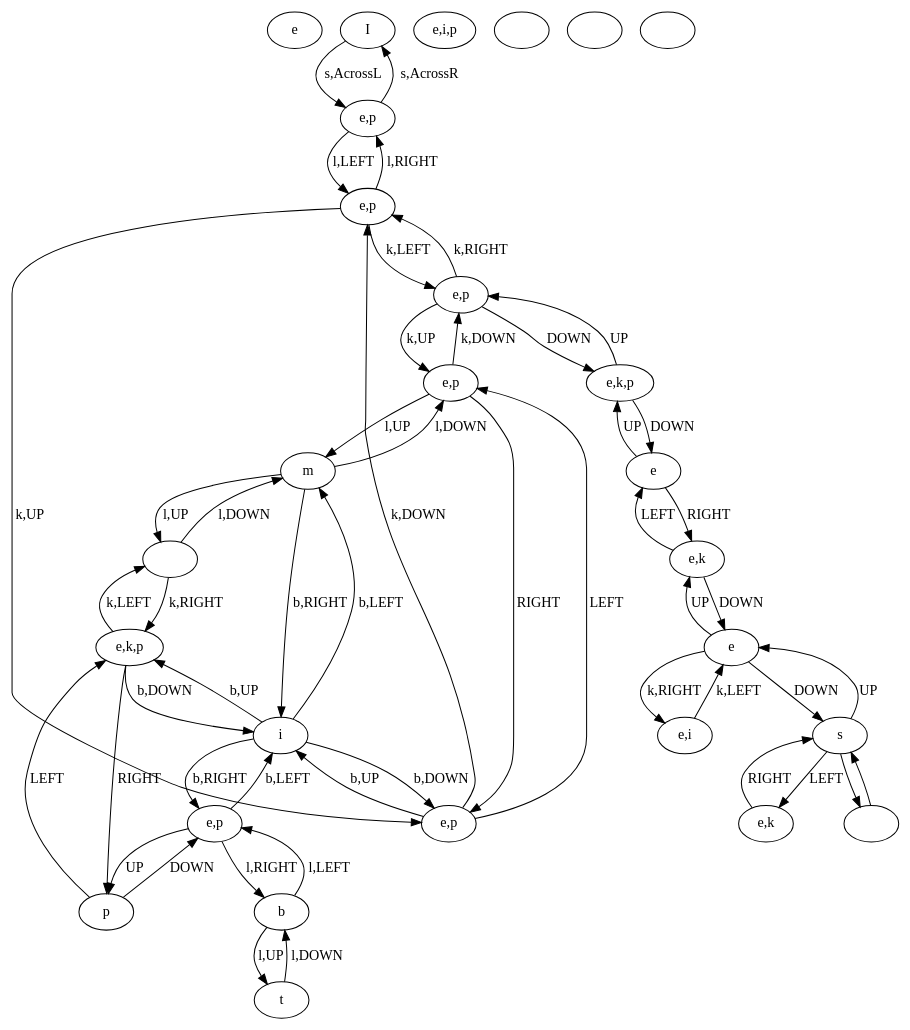
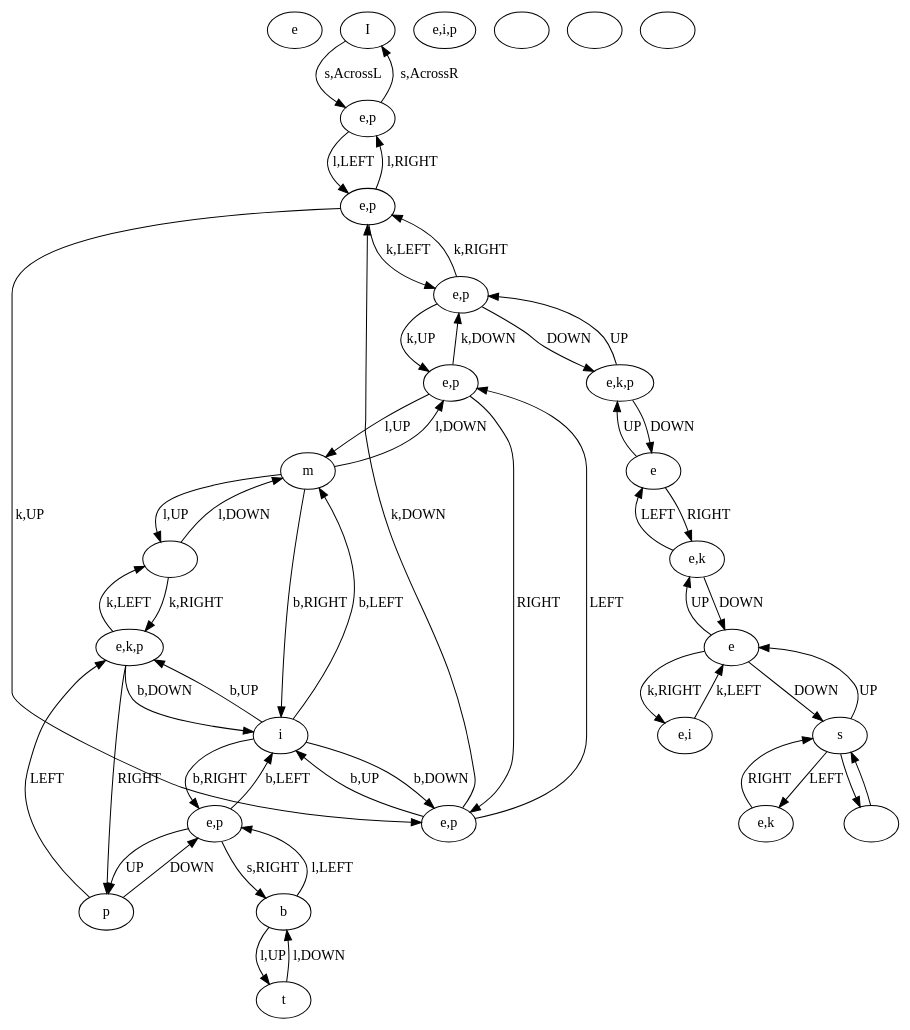
One commit to schrum2/MM-NEAT changed the diagram in data/VGLC/Zelda/Graph Processed/tloz4_1_flip.dot. Above: the diagram before and after it, drawn with Graphviz. The commit also changed 2 other files, not shown here.

```diff
--- a/data/VGLC/Zelda/Graph Processed/tloz4_1_flip.dot
+++ b/data/VGLC/Zelda/Graph Processed/tloz4_1_flip.dot
@@ -1,79 +1,79 @@
 digraph {
 0 [label="e"]
 1 [label="I"]
 2 [label="e,i,p"]
 3 [label=""]
 4 [label=""]
 5 [label=""]
 6 [label="p"]
 7 [label="t"]
 8 [label=""]
 9 [label=""]
 10 [label="e,k"]
 11 [label="s"]
 12 [label="e,i"]
 13 [label="e"]
 14 [label="e"]
 15 [label="e,k"]
 16 [label="e,p"]
 17 [label="e,k,p"]
 18 [label="e,p"]
 19 [label="e,p"]
 20 [label="e,p"]
 21 [label="e,p"]
 22 [label="e,p"]
 23 [label="b"]
 24 [label="m"]
 25 [label="i"]
 26 [label="e,k,p"]
 9 -> 11 [label=""]
 11 -> 9 [label=""]
 11 -> 10 [label="LEFT"]
 10 -> 11 [label="RIGHT"]
 11 -> 13 [label="UP"]
 13 -> 11 [label="DOWN"]
 13 -> 15 [label="UP"]
 15 -> 13 [label="DOWN"]
 15 -> 14 [label="LEFT"]
 14 -> 15 [label="RIGHT"]
 14 -> 17 [label="UP"]
 17 -> 14 [label="DOWN"]
 17 -> 16 [label="UP"]
 16 -> 17 [label="DOWN"]
 18 -> 1 [label="s,AcrossR"]
 1 -> 18 [label="s,AcrossL"]
 20 -> 21 [label="RIGHT"]
 21 -> 20 [label="LEFT"]
 22 -> 6 [label="UP"]
 6 -> 22 [label="DOWN"]
 6 -> 26 [label="LEFT"]
 26 -> 6 [label="RIGHT"]
 24 -> 25 [label="b,RIGHT"]
 25 -> 24 [label="b,LEFT"]
 25 -> 22 [label="b,RIGHT"]
 22 -> 25 [label="b,LEFT"]
 25 -> 21 [label="b,DOWN"]
 21 -> 25 [label="b,UP"]
 25 -> 26 [label="b,UP"]
 26 -> 25 [label="b,DOWN"]
 13 -> 12 [label="k,RIGHT"]
 12 -> 13 [label="k,LEFT"]
 16 -> 19 [label="k,RIGHT"]
 19 -> 16 [label="k,LEFT"]
 16 -> 20 [label="k,UP"]
 20 -> 16 [label="k,DOWN"]
 19 -> 21 [label="k,UP"]
 21 -> 19 [label="k,DOWN"]
 19 -> 18 [label="l,RIGHT"]
 18 -> 19 [label="l,LEFT"]
-22 -> 23 [label="l,RIGHT"]
+22 -> 23 [label="s,RIGHT"]
 23 -> 22 [label="l,LEFT"]
 23 -> 7 [label="l,UP"]
 7 -> 23 [label="l,DOWN"]
 24 -> 4 [label="l,UP"]
 4 -> 24 [label="l,DOWN"]
 24 -> 20 [label="l,DOWN"]
 20 -> 24 [label="l,UP"]
 4 -> 26 [label="k,RIGHT"]
 26 -> 4 [label="k,LEFT"]
 }
```
